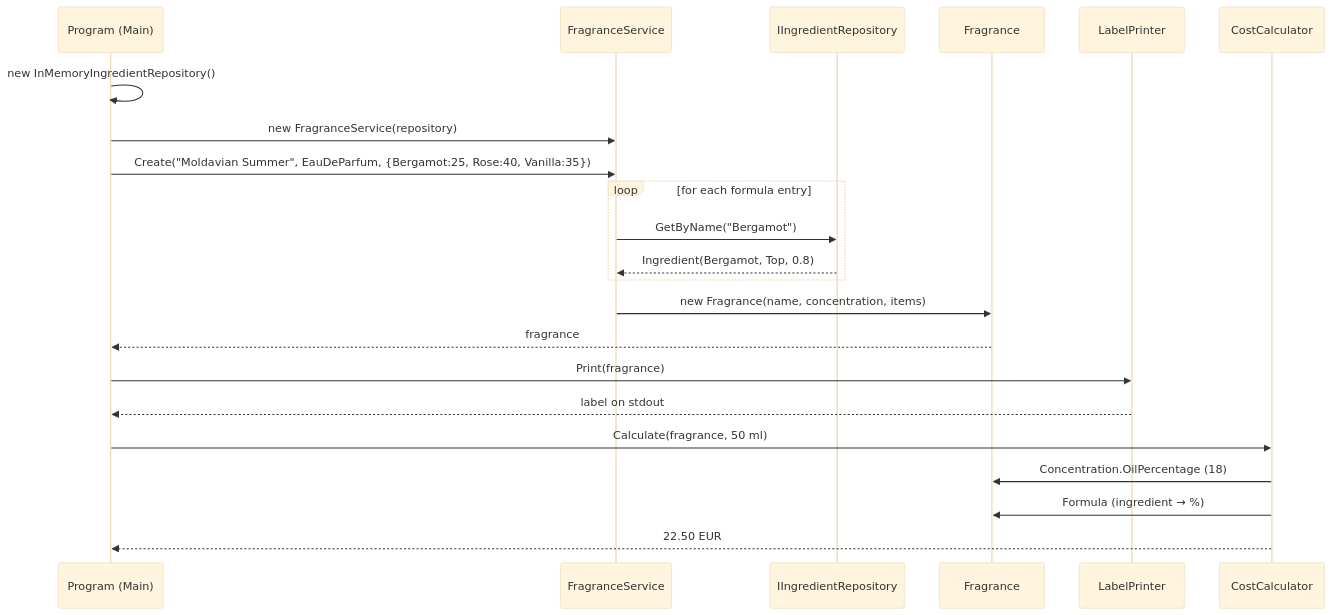
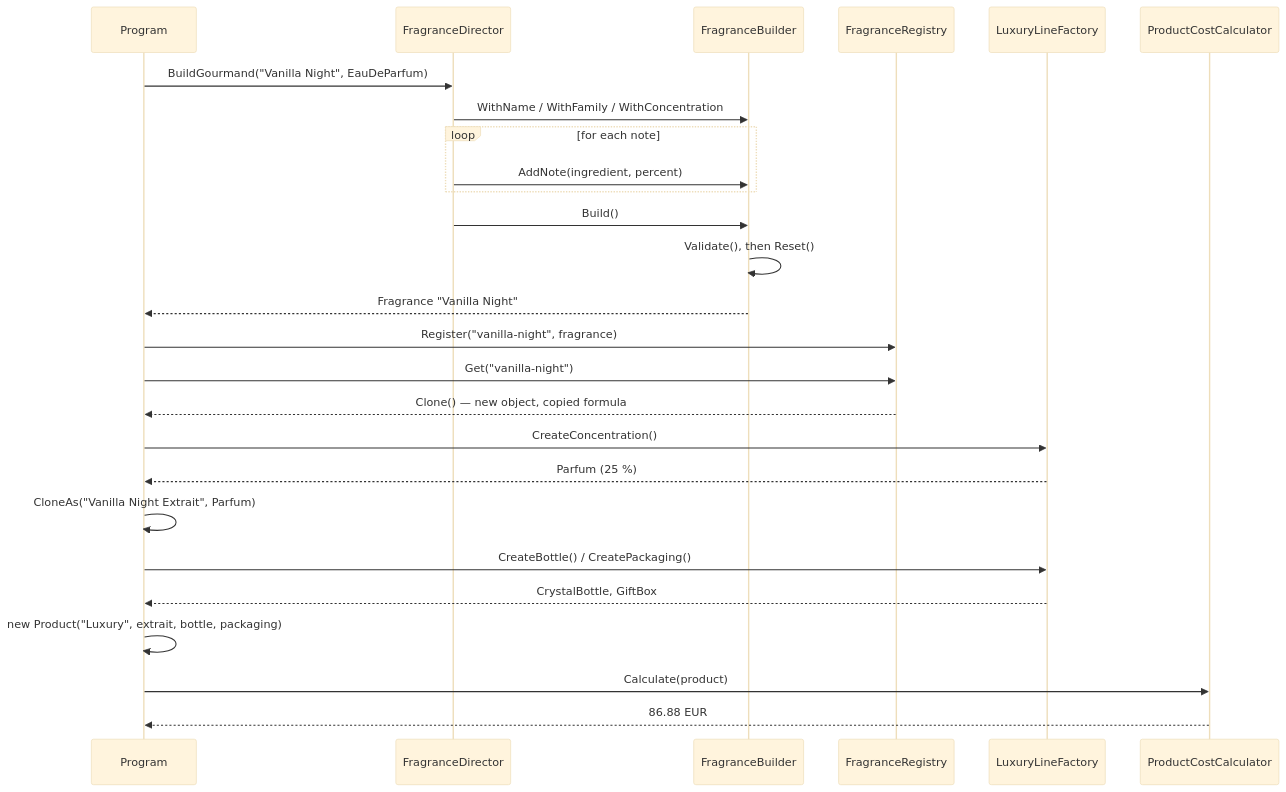
The fifth of 5 diagrams in REPORT.md (m0sji/TMPS_26), drawn with Mermaid (base theme) before and after one commit. The commit also changed other lines of this file, not shown here.

````diff
--- a/REPORT.md
+++ b/REPORT.md
@@ -213,29 +337,33 @@
 ```mermaid
 sequenceDiagram
-    participant M as Program (Main)
-    participant S as FragranceService
-    participant R as IIngredientRepository
-    participant F as Fragrance
-    participant L as LabelPrinter
-    participant C as CostCalculator
+    participant M as Program
+    participant D as FragranceDirector
+    participant B as FragranceBuilder
+    participant R as FragranceRegistry
+    participant F as LuxuryLineFactory
+    participant C as ProductCostCalculator
 
-    M->>M: new InMemoryIngredientRepository()
-    M->>S: new FragranceService(repository)
-    M->>S: Create("Moldavian Summer", EauDeParfum, {Bergamot:25, Rose:40, Vanilla:35})
+    M->>D: BuildGourmand("Vanilla Night", EauDeParfum)
+    D->>B: WithName / WithFamily / WithConcentration
+    loop for each note
+        D->>B: AddNote(ingredient, percent)
+    end
+    D->>B: Build()
+    B->>B: Validate(), then Reset()
+    B-->>M: Fragrance "Vanilla Night"
 
-    loop for each formula entry
-        S->>R: GetByName("Bergamot")
-        R-->>S: Ingredient(Bergamot, Top, 0.8)
-    end
+    M->>R: Register("vanilla-night", fragrance)
+    M->>R: Get("vanilla-night")
+    R-->>M: Clone() — new object, copied formula
 
-    S->>F: new Fragrance(name, concentration, items)
-    F-->>M: fragrance
+    M->>F: CreateConcentration()
+    F-->>M: Parfum (25 %)
+    M->>M: CloneAs("Vanilla Night Extrait", Parfum)
 
-    M->>L: Print(fragrance)
-    L-->>M: label on stdout
+    M->>F: CreateBottle() / CreatePackaging()
+    F-->>M: CrystalBottle, GiftBox
+    M->>M: new Product("Luxury", extrait, bottle, packaging)
 
-    M->>C: Calculate(fragrance, 50 ml)
-    C->>F: Concentration.OilPercentage (18)
-    C->>F: Formula (ingredient → %)
-    C-->>M: 22.50 EUR
+    M->>C: Calculate(product)
+    C-->>M: 86.88 EUR
 ```
````
